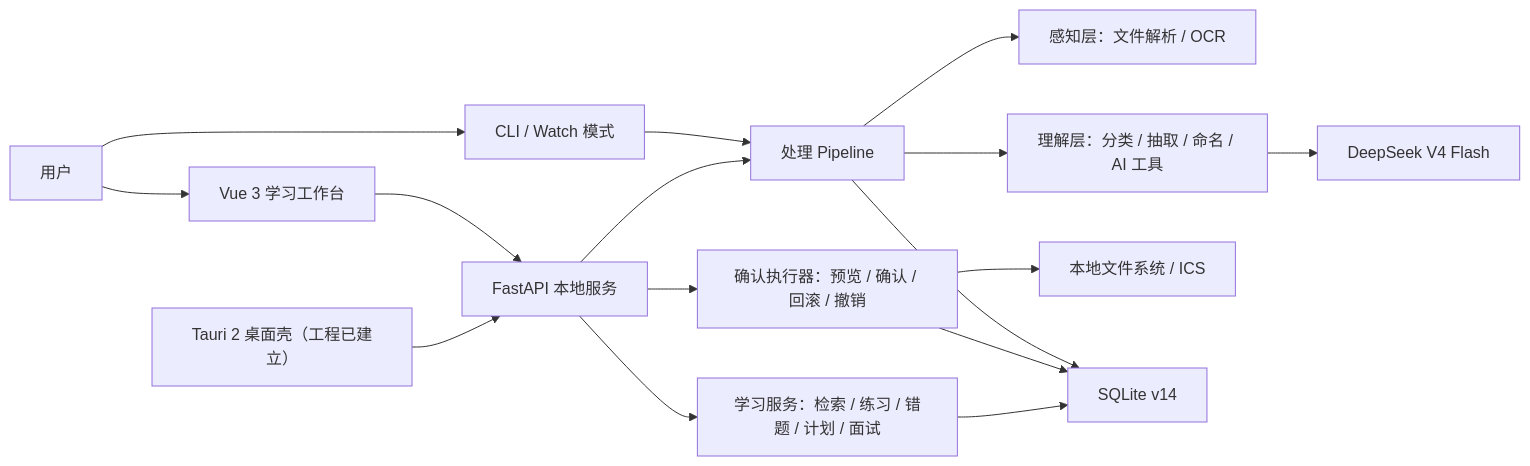
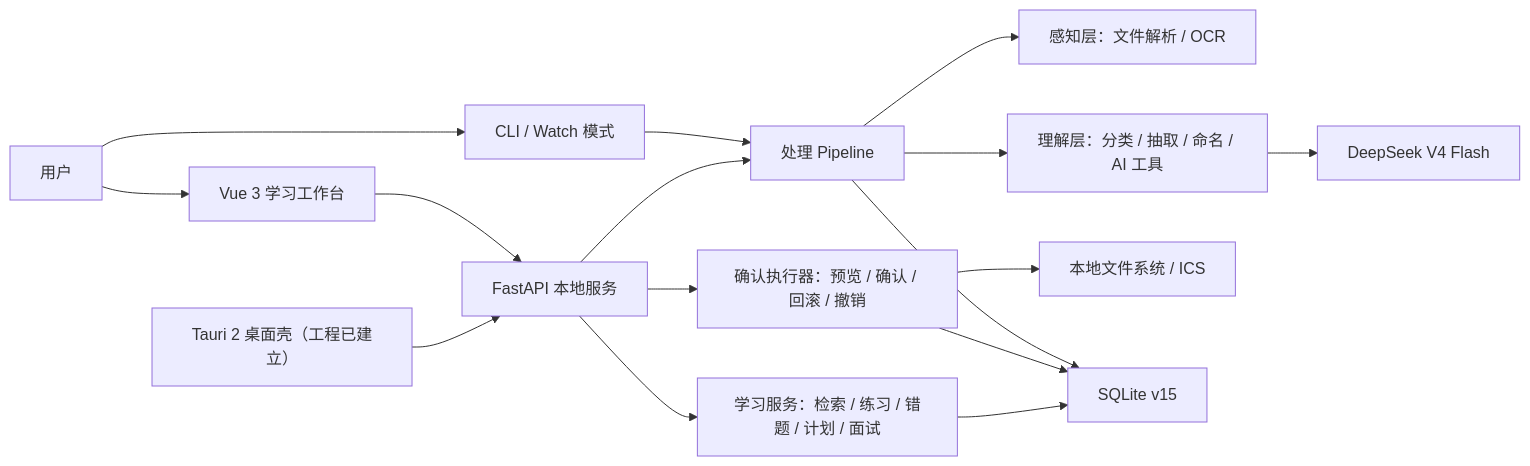
Before and after one commit to cooooooosdas/Filemate: the diagram in README.md, drawn with Mermaid. The commit also changed other lines of this file and 13 other files, not shown here.

````diff
--- a/README.md
+++ b/README.md
@@ -141,18 +142,18 @@
 ```mermaid
 flowchart LR
     U["用户"] --> V["Vue 3 学习工作台"]
     U --> C["CLI / Watch 模式"]
     V --> A["FastAPI 本地服务"]
     T["Tauri 2 桌面壳（工程已建立）"] --> A
     C --> P["处理 Pipeline"]
     A --> P
     P --> R["感知层：文件解析 / OCR"]
     P --> N["理解层：分类 / 抽取 / 命名 / AI 工具"]
     N --> L["DeepSeek V4 Flash"]
     A --> E["确认执行器：预览 / 确认 / 回滚 / 撤销"]
     A --> K["学习服务：检索 / 练习 / 错题 / 计划 / 面试"]
     E --> F["本地文件系统 / ICS"]
-    P --> S["SQLite v14"]
+    P --> S["SQLite v15"]
     E --> S
     K --> S
 ```
````
